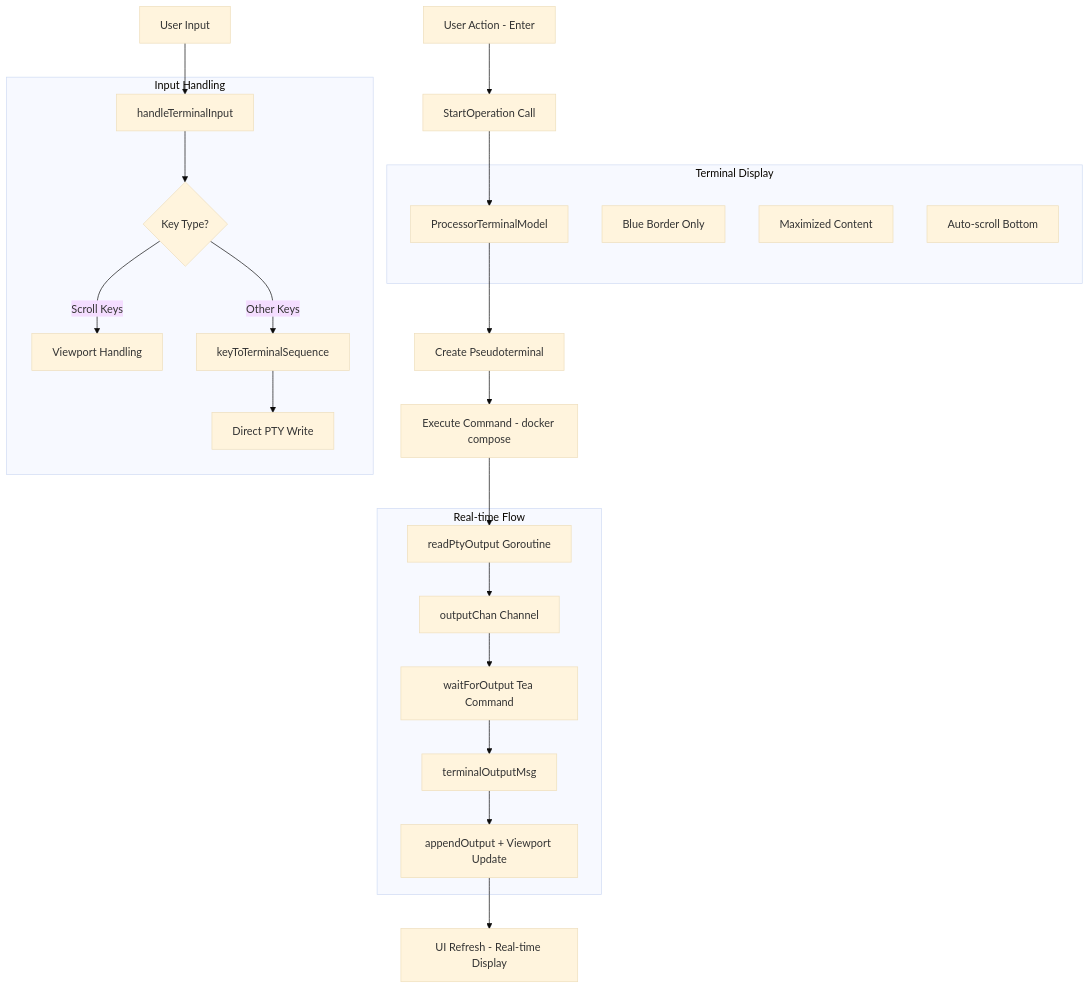
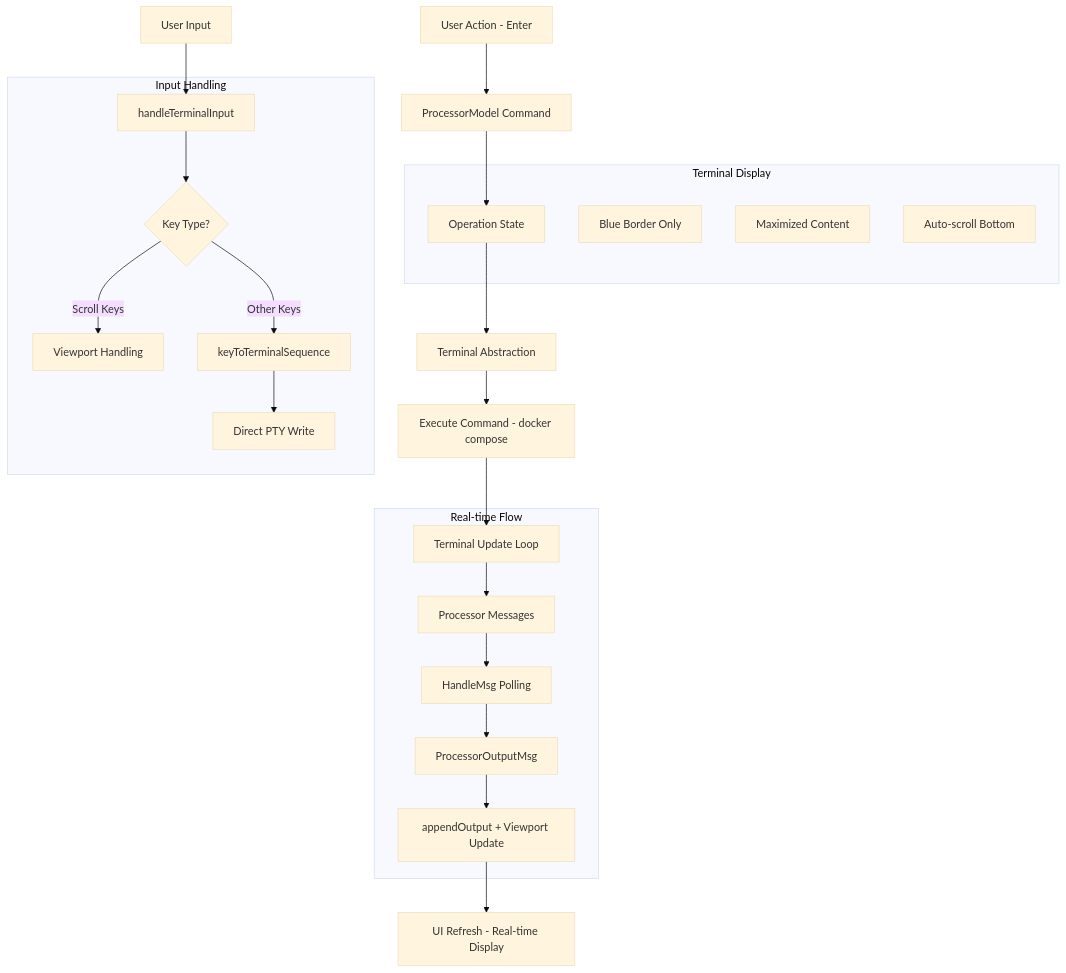
The diagram in backend/docs/installer/processor-wizard-integration.md (vxcontrol/pentagi), drawn with Mermaid (base theme) before and after one commit. The commit also changed other lines of this file, not shown here.

Commit message:
docs: fix processor wizard integration links

````diff
--- a/backend/docs/installer/processor-wizard-integration.md
+++ b/backend/docs/installer/processor-wizard-integration.md
@@ -72,42 +77,42 @@
 ```mermaid
 graph TD
-    A[User Action - Enter] --> B[StartOperation Call]
-    B --> C[ProcessorTerminalModel]
-    C --> D[Create Pseudoterminal]
+    A[User Action - Enter] --> B[ProcessorModel Command]
+    B --> C[Operation State]
+    C --> D[Terminal Abstraction]
     D --> E[Execute Command - docker compose]
-    E --> F[readPtyOutput Goroutine]
-    F --> G[outputChan Channel]
-    G --> H[waitForOutput Tea Command]
-    H --> I[terminalOutputMsg]
+    E --> F[Terminal Update Loop]
+    F --> G[Processor Messages]
+    G --> H[HandleMsg Polling]
+    H --> I[ProcessorOutputMsg]
     I --> J[appendOutput + Viewport Update]
     J --> K[UI Refresh - Real-time Display]
 
     L[User Input] --> M[handleTerminalInput]
     M --> N{Key Type?}
     N -->|Scroll Keys| O[Viewport Handling]
     N -->|Other Keys| P[keyToTerminalSequence]
     P --> Q[Direct PTY Write]
 
     subgraph "Real-time Flow"
         F
         G
         H
         I
         J
     end
 
     subgraph "Input Handling"
         M
         N
         O
         P
         Q
     end
 
     subgraph "Terminal Display"
         C
         R[Blue Border Only]
         S[Maximized Content]
         T[Auto-scroll Bottom]
     end
 ```
````
